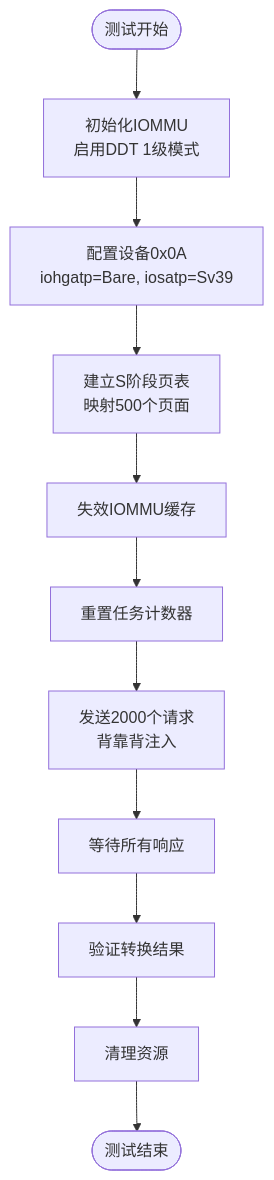
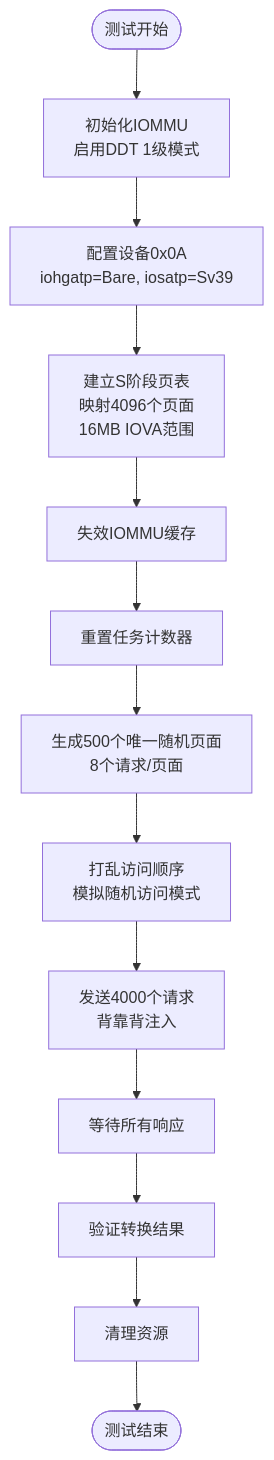
One commit to jiangjiang1122/iommu_model_20260401_v1 changed the fourth of 11 diagrams in .qoder/repowiki/zh/content/测试框架/Root Port测试模块.md. Above: the diagram before and after it, drawn with Mermaid. The commit also changed other lines of this file and 6 other files, not shown here.

````diff
--- a/.qoder/repowiki/zh/content/测试框架/Root Port测试模块.md
+++ b/.qoder/repowiki/zh/content/测试框架/Root Port测试模块.md
@@ -170,13 +185,15 @@
 ```mermaid
 flowchart TD
 Start([测试开始]) --> InitIOMMU["初始化IOMMU<br/>启用DDT 1级模式"]
 InitIOMMU --> ConfigDevice["配置设备0x0A<br/>iohgatp=Bare, iosatp=Sv39"]
-ConfigDevice --> SetupPageTable["建立S阶段页表<br/>映射500个页面"]
+ConfigDevice --> SetupPageTable["建立S阶段页表<br/>映射4096个页面<br/>16MB IOVA范围"]
 SetupPageTable --> InvalidateCache["失效IOMMU缓存"]
 InvalidateCache --> ResetCounters["重置任务计数器"]
-ResetCounters --> SendRequests["发送2000个请求<br/>背靠背注入"]
+ResetCounters --> GenerateRandomPages["生成500个唯一随机页面<br/>8个请求/页面"]
+GenerateRandomPages --> ShuffleAccessOrder["打乱访问顺序<br/>模拟随机访问模式"]
+ShuffleAccessOrder --> SendRequests["发送4000个请求<br/>背靠背注入"]
 SendRequests --> WaitResponses["等待所有响应"]
 WaitResponses --> ValidateResults["验证转换结果"]
 ValidateResults --> Cleanup["清理资源"]
 Cleanup --> End([测试结束])
 ```
````
